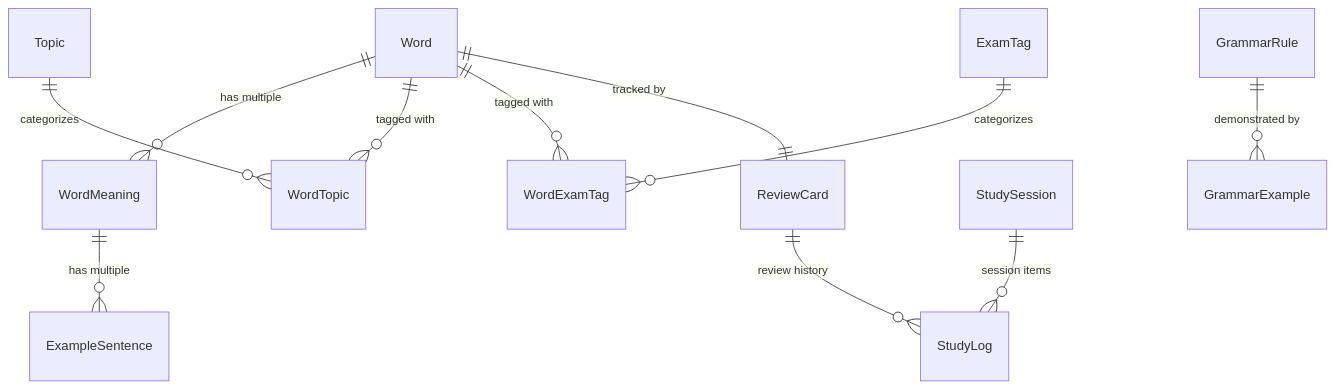
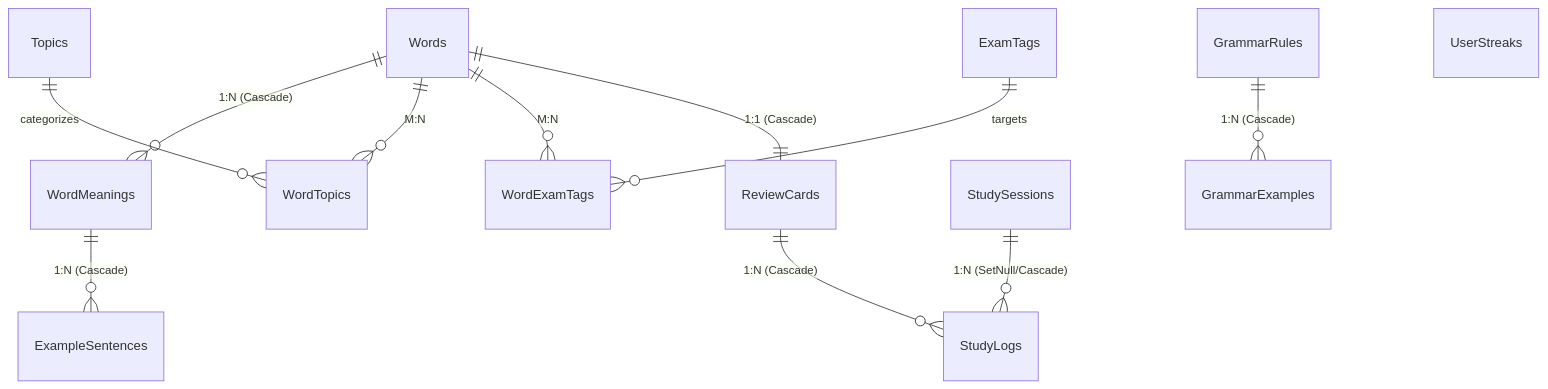
Before and after one commit to Nguyen-Trung-Tien/Lexora: the diagram in docs/database_schema.md, drawn with Mermaid. The commit also changed other lines of this file and 52 other files, not shown here.

````diff
--- a/docs/database_schema.md
+++ b/docs/database_schema.md
@@ -12,13 +18,14 @@
 ```mermaid
 erDiagram
-    Word ||--o{ WordMeaning : "has multiple"
-    WordMeaning ||--o{ ExampleSentence : "has multiple"
-    Word ||--o{ WordTopic : "tagged with"
-    Topic ||--o{ WordTopic : "categorizes"
-    Word ||--o{ WordExamTag : "tagged with"
-    ExamTag ||--o{ WordExamTag : "categorizes"
-    Word ||--|| ReviewCard : "tracked by"
-    ReviewCard ||--o{ StudyLog : "review history"
-    StudySession ||--o{ StudyLog : "session items"
-    GrammarRule ||--o{ GrammarExample : "demonstrated by"
+    Words ||--o{ WordMeanings : "1:N (Cascade)"
+    WordMeanings ||--o{ ExampleSentences : "1:N (Cascade)"
+    Words ||--o{ WordTopics : "M:N"
+    Topics ||--o{ WordTopics : "categorizes"
+    Words ||--o{ WordExamTags : "M:N"
+    ExamTags ||--o{ WordExamTags : "targets"
+    Words ||--|| ReviewCards : "1:1 (Cascade)"
+    ReviewCards ||--o{ StudyLogs : "1:N (Cascade)"
+    StudySessions ||--o{ StudyLogs : "1:N (SetNull/Cascade)"
+    GrammarRules ||--o{ GrammarExamples : "1:N (Cascade)"
+    UserStreaks
 ```
````
